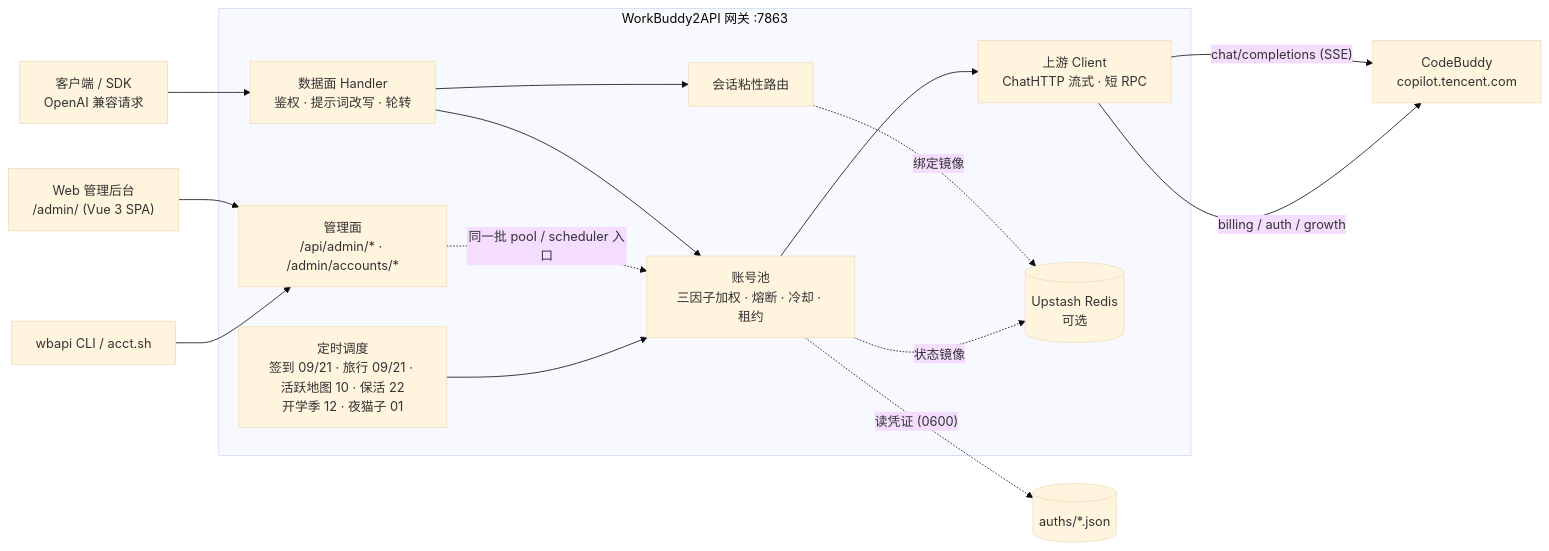
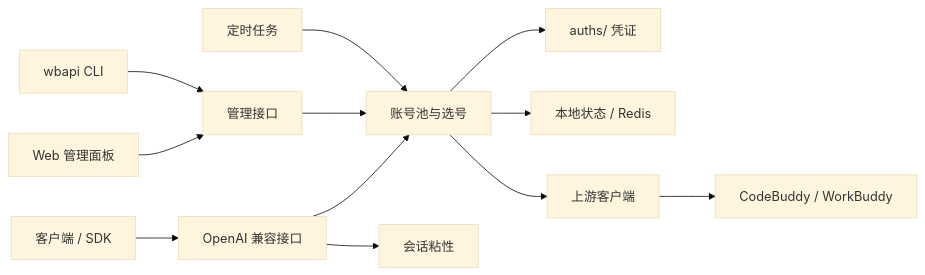
One commit to YuleBest/workbuddy2api-magisk changed the diagram in docs/features.md. Above: the diagram before and after it, drawn with Mermaid (base theme). The commit also changed other lines of this file and 238 other files, not shown here.

````diff
--- a/docs/features.md
+++ b/docs/features.md
@@ -74,21 +105,15 @@
 ```mermaid
 flowchart LR
-    Client["客户端 / SDK\nOpenAI 兼容请求"] --> H
-    Panel["Web 管理后台\n/admin/ (Vue 3 SPA)"] --> A
-    CLI["wbapi CLI / acct.sh"] --> A
+    Client["客户端 / SDK"] --> API["OpenAI 兼容接口"]
+    Panel["Web 管理面板"] --> Admin["管理接口"]
+    CLI["wbapi CLI"] --> Admin
 
-    subgraph GWI["WorkBuddy2API 网关 :7863"]
-        H["数据面 Handler\n鉴权 · 提示词改写 · 轮转"] --> P
-        H --> S
-        A["管理面\n/api/admin/* · /admin/accounts/*"] -.同一批 pool / scheduler 入口.-> P
-        P["账号池\n三因子加权 · 熔断 · 冷却 · 租约"] --> U
-        S["会话粘性路由"] -.绑定镜像.-> REDIS
-        T["定时调度\n签到 09/21 · 旅行 09/21 · 活跃地图 10 · 保活 22\n开学季 12 · 夜猫子 01"] --> P
-        U["上游 Client\nChatHTTP 流式 · 短 RPC"]
-    end
-
-    P -. "读凭证 (0600)" .-> AUTH[("auths/*.json")]
-    P -. "状态镜像" .-> REDIS[("Upstash Redis\n可选")]
-    U -->|"chat/completions (SSE)"| CB["CodeBuddy\ncopilot.tencent.com"]
-    U -->|"billing / auth / growth"| CB
+    API --> Pool["账号池与选号"]
+    Admin --> Pool
+    API --> Sticky["会话粘性"]
+    Scheduler["定时任务"] --> Pool
+    Pool --> Auth["auths/ 凭证"]
+    Pool --> State["本地状态 / Redis"]
+    Pool --> Upstream["上游客户端"]
+    Upstream --> CodeBuddy["CodeBuddy / WorkBuddy"]
 ```
````
